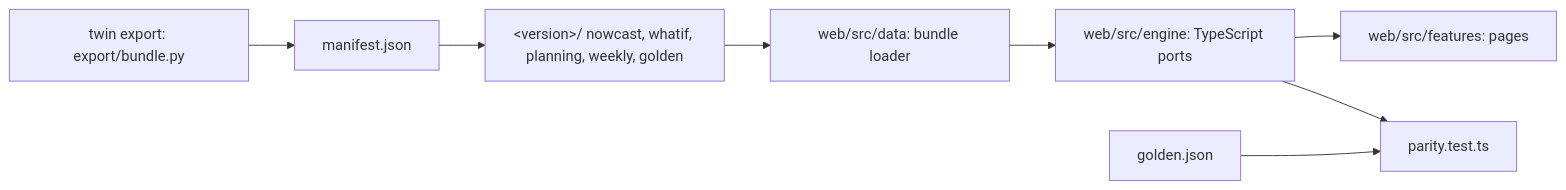
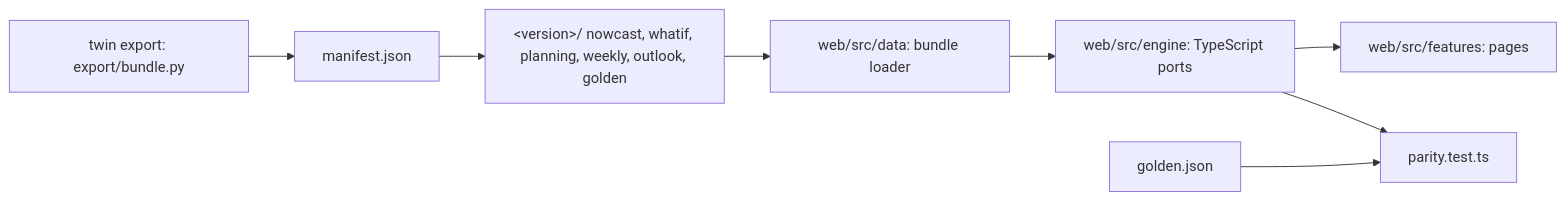
The diagram in docs/architecture/web-bundle.md (Nikhil-Mundhra/ChallengeON-Advanced-Technology-Pioneers-2026), drawn with Mermaid before and after one commit. The commit also changed other lines of this file and 21 other files, not shown here.

Commit message:
Docs: outlook method and error by horizon, bundle schema 3, landing and report as shipped, simulate defaults, holdout figures sourced to their artifacts

````diff
--- a/docs/architecture/web-bundle.md
+++ b/docs/architecture/web-bundle.md
@@ -5,10 +5,10 @@
 ```mermaid
 flowchart LR
     PY[twin export: export/bundle.py] --> M[manifest.json]
-    M --> V["&lt;version&gt;/ nowcast, whatif, planning, weekly, golden"]
+    M --> V["&lt;version&gt;/ nowcast, whatif, planning, weekly, outlook, golden"]
     V --> L[web/src/data: bundle loader]
     L --> E[web/src/engine: TypeScript ports]
     E --> F[web/src/features: pages]
     G[golden.json] --> T[parity.test.ts]
     E --> T
 ```
````
